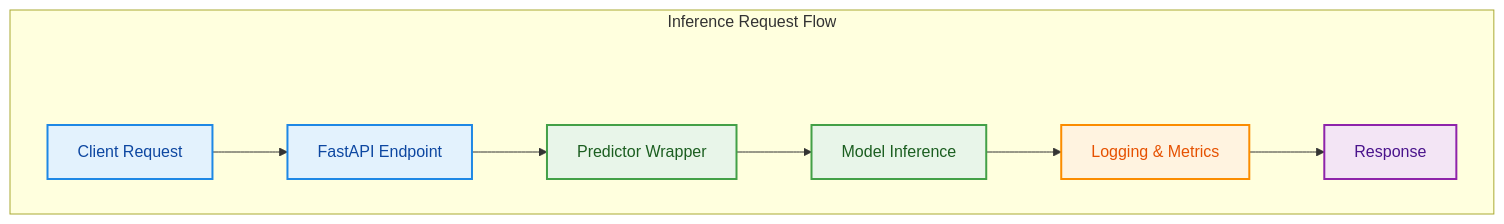
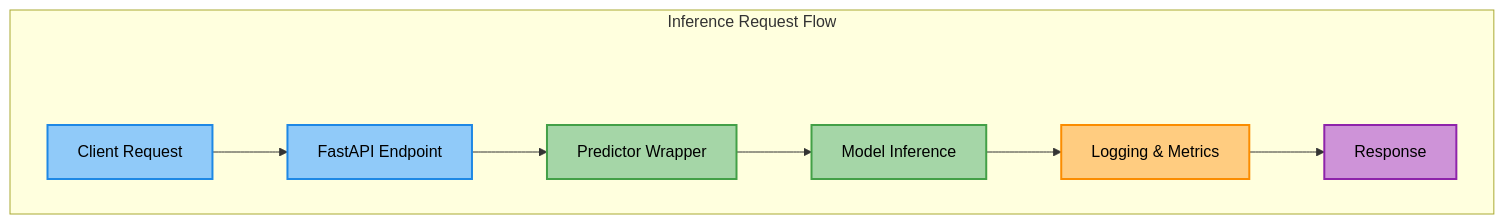
Before and after one commit to MugundhanSM/cats-dogs-mlops: the second of 6 diagrams in Readme.md, drawn with Mermaid. The commit also changed other lines of this file, not shown here.

````diff
--- a/Readme.md
+++ b/Readme.md
@@ -248,29 +248,30 @@
 ```mermaid
 flowchart LR
 
 %% ---------- STYLES ----------
-classDef api fill:#E3F2FD,stroke:#1E88E5,stroke-width:2,color:#0D47A1;
-classDef infer fill:#E8F5E9,stroke:#43A047,stroke-width:2,color:#1B5E20;
-classDef monitor fill:#FFF3E0,stroke:#FB8C00,stroke-width:2,color:#E65100;
-classDef output fill:#F3E5F5,stroke:#8E24AA,stroke-width:2,color:#4A148C;
+classDef api fill:#90CAF9,stroke:#1E88E5,stroke-width:2px,color:#000;
+classDef infer fill:#A5D6A7,stroke:#43A047,stroke-width:2px,color:#000;
+classDef monitor fill:#FFCC80,stroke:#FB8C00,stroke-width:2px,color:#000;
+classDef output fill:#CE93D8,stroke:#8E24AA,stroke-width:2px,color:#000;
 classDef spacer fill:none,stroke:none,color:none;
 
 %% ---------- INFERENCE FLOW ----------
 subgraph INF["Inference Request Flow"]
 direction LR
 S1[" "]:::spacer
 
 A[Client Request] --> B[FastAPI Endpoint]
 B --> C[Predictor Wrapper]
 C --> D[Model Inference]
 D --> E[Logging & Metrics]
 E --> F[Response]
 
 end
 
 %% ---------- CLASS ASSIGNMENT ----------
 class A,B api;
 class C,D infer;
 class E monitor;
 class F output;
+class S1 spacer;
 ```
````
